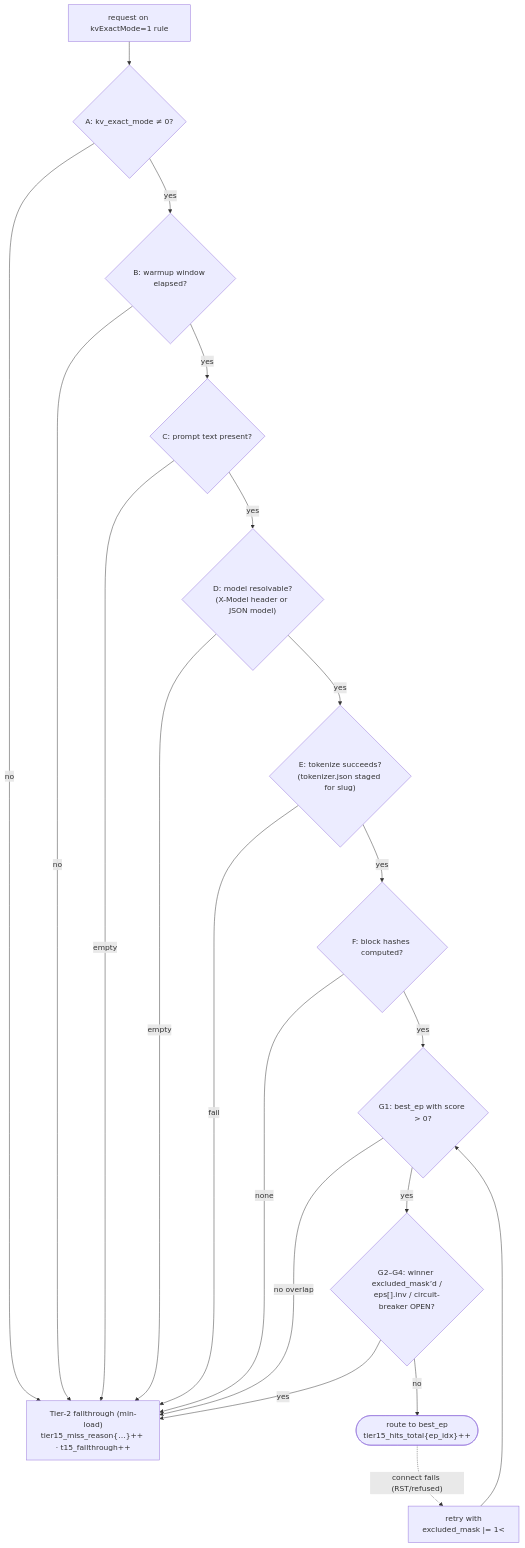
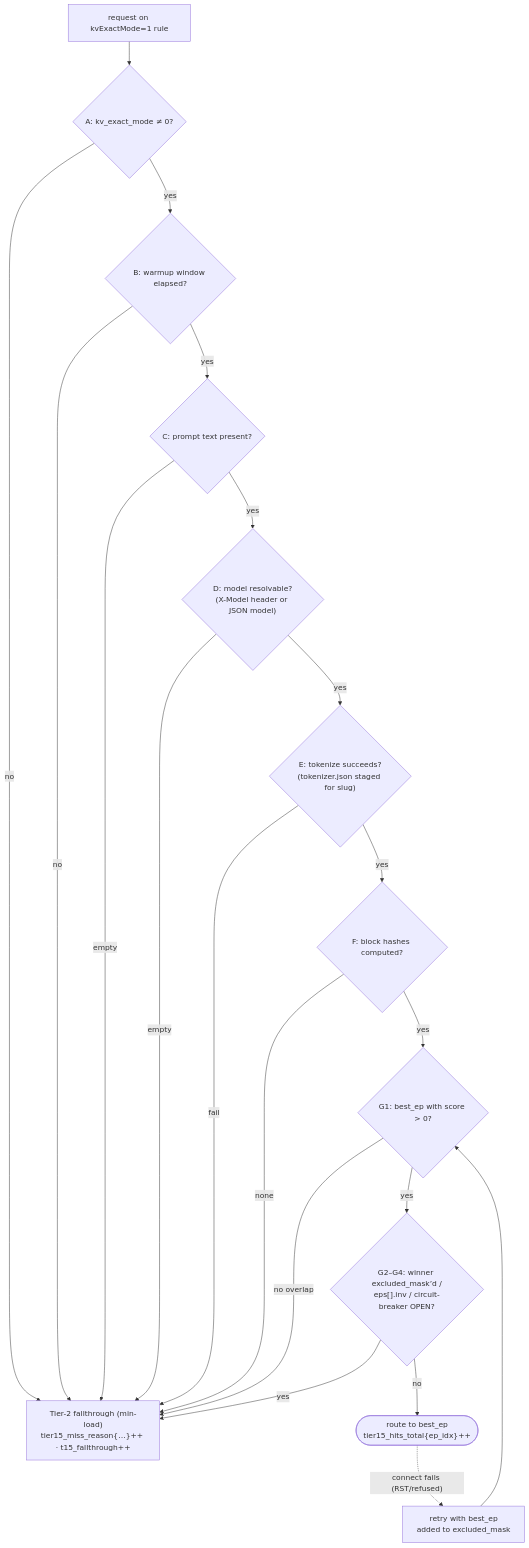
Before and after one commit to loxilb-io/loxilb-inference-gateway: the fourth of 4 diagrams in docs/load-balancing/08-kv-cache-aware-routing.md, drawn with Mermaid. The commit also changed other lines of this file and 5 other files, not shown here.

````diff
--- a/docs/load-balancing/08-kv-cache-aware-routing.md
+++ b/docs/load-balancing/08-kv-cache-aware-routing.md
@@ -404,22 +404,22 @@
 ```mermaid
 flowchart TD
     REQ["request on kvExactMode=1 rule"] --> A{"A: kv_exact_mode ≠ 0?"}
     A -- no --> MISS["Tier-2 fallthrough (min-load)<br/>tier15_miss_reason{…}++ · t15_fallthrough++"]
     A -- yes --> B{"B: warmup window elapsed?"}
     B -- no --> MISS
     B -- yes --> C{"C: prompt text present?"}
     C -- empty --> MISS
     C -- yes --> Dg{"D: model resolvable?<br/>(X-Model header or JSON model)"}
     Dg -- empty --> MISS
     Dg -- yes --> E{"E: tokenize succeeds?<br/>(tokenizer.json staged for slug)"}
     E -- fail --> MISS
     E -- yes --> F{"F: block hashes computed?"}
     F -- none --> MISS
     F -- yes --> G1{"G1: best_ep with score > 0?"}
     G1 -- "no overlap" --> MISS
     G1 -- yes --> G234{"G2–G4: winner excluded_mask’d /<br/>eps[].inv / circuit-breaker OPEN?"}
     G234 -- yes --> MISS
     G234 -- no --> HIT(["route to best_ep<br/>tier15_hits_total{ep_idx}++"])
-    HIT -. "connect fails (RST/refused)" .-> RETRY["retry with<br/>excluded_mask |= 1<<best_ep"]
+    HIT -. "connect fails (RST/refused)" .-> RETRY["retry with best_ep<br/>added to excluded_mask"]
     RETRY --> G1
 ```
````
